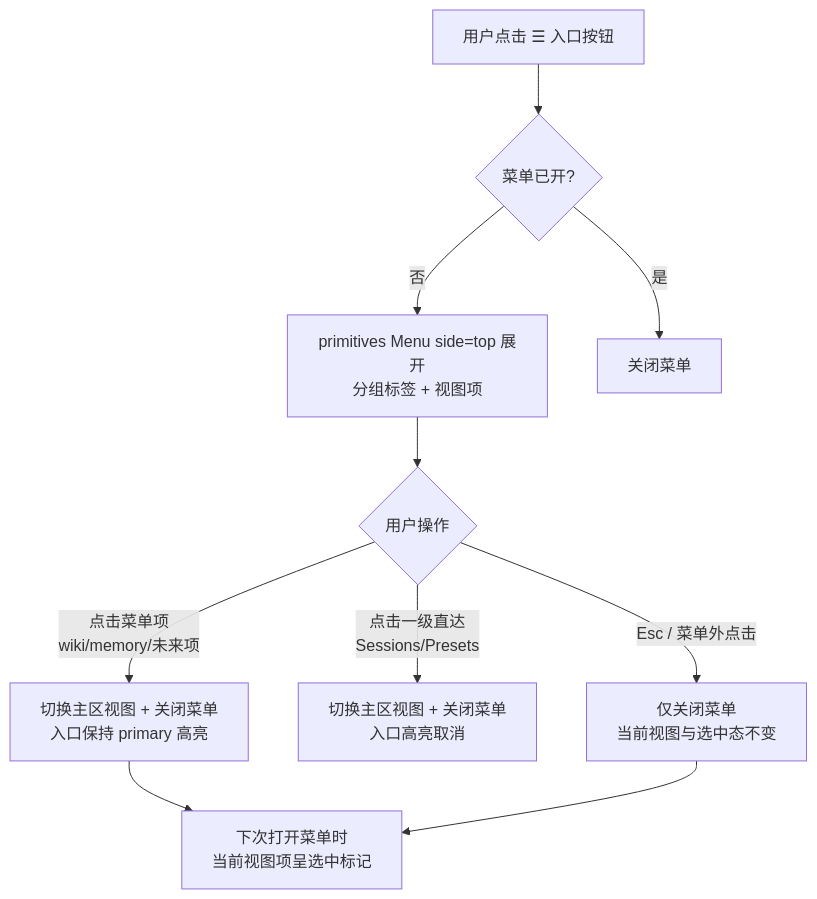
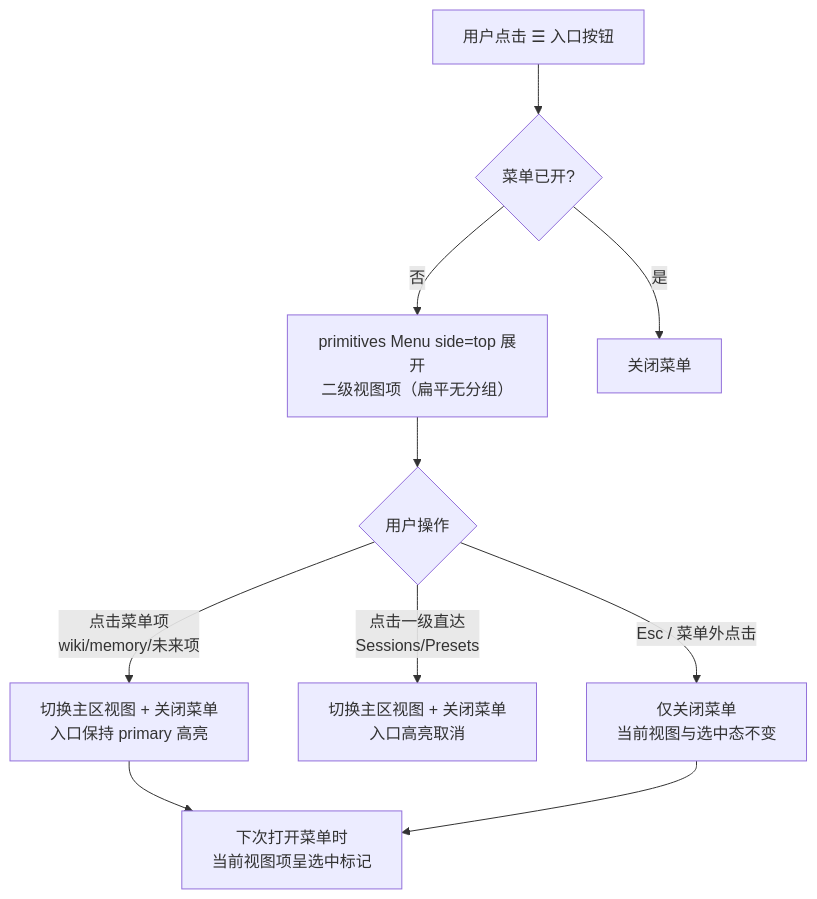
One commit to LiuKexin255/dominion changed the first of 2 diagrams in specs/072-web-nav-redesign/design.md. Above: the diagram before and after it, drawn with Mermaid. The commit also changed other lines of this file and 6 other files, not shown here.

````diff
--- a/specs/072-web-nav-redesign/design.md
+++ b/specs/072-web-nav-redesign/design.md
@@ -69,12 +69,12 @@
 ```mermaid
 flowchart TD
     U[用户点击 ☰ 入口按钮] --> T{菜单已开?}
-    T -- 否 --> O["primitives Menu side=top 展开<br/>分组标签 + 视图项"]
+    T -- 否 --> O["primitives Menu side=top 展开<br/>二级视图项（扁平无分组）"]
     T -- 是 --> C[关闭菜单]
     O --> P{用户操作}
     P -- 点击菜单项<br/>wiki/memory/未来项 --> S[切换主区视图 + 关闭菜单<br/>入口保持 primary 高亮]
     P -- 点击一级直达<br/>Sessions/Presets --> S2[切换主区视图 + 关闭菜单<br/>入口高亮取消]
     P -- Esc / 菜单外点击 --> C2[仅关闭菜单<br/>当前视图与选中态不变]
     S --> KEEP[下次打开菜单时<br/>当前视图项呈选中标记]
     C2 --> KEEP
 ```
````
